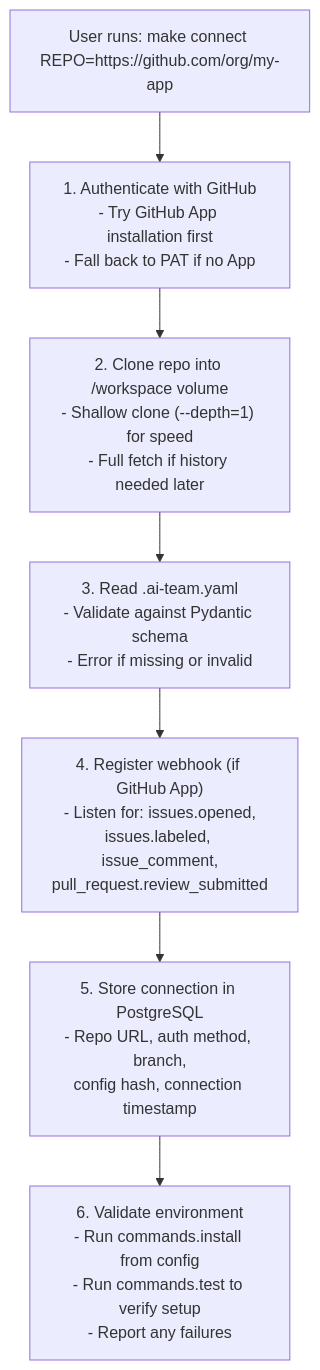
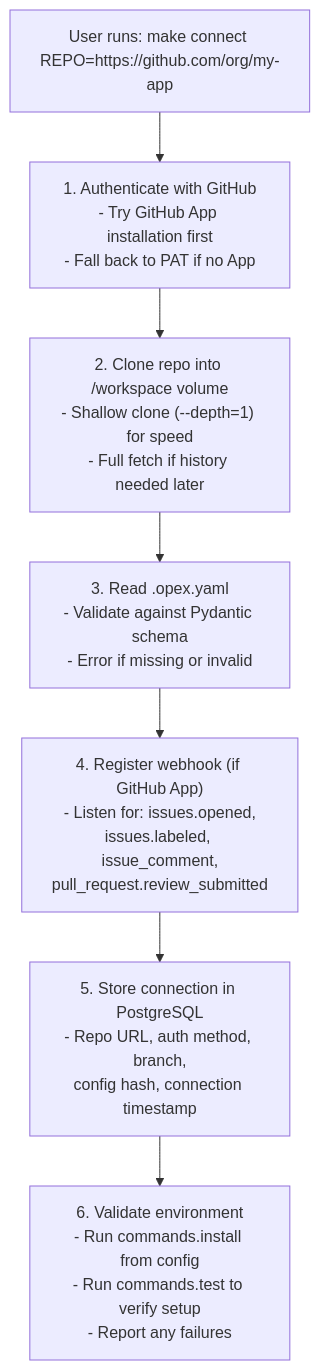
One commit to 0xc14m1z/opex changed the diagram in docs/specs/12-repo-connection.md. Above: the diagram before and after it, drawn with Mermaid. The commit also changed other lines of this file and 24 other files, not shown here.

First line of the commit message:
docs: rename ai-team to opex across all specs and docs

````diff
--- a/docs/specs/12-repo-connection.md
+++ b/docs/specs/12-repo-connection.md
@@ -15,10 +15,10 @@
 ```mermaid
 flowchart TD
     Start["User runs: make connect REPO=https://github.com/org/my-app"] --> A
     A["1. Authenticate with GitHub\n- Try GitHub App installation first\n- Fall back to PAT if no App"] --> B
     B["2. Clone repo into /workspace volume\n- Shallow clone (--depth=1) for speed\n- Full fetch if history needed later"] --> C
-    C["3. Read .ai-team.yaml\n- Validate against Pydantic schema\n- Error if missing or invalid"] --> D
+    C["3. Read .opex.yaml\n- Validate against Pydantic schema\n- Error if missing or invalid"] --> D
     D["4. Register webhook (if GitHub App)\n- Listen for: issues.opened,\nissues.labeled, issue_comment,\npull_request.review_submitted"] --> E
     E["5. Store connection in PostgreSQL\n- Repo URL, auth method, branch,\nconfig hash, connection timestamp"] --> F
     F["6. Validate environment\n- Run commands.install from config\n- Run commands.test to verify setup\n- Report any failures"]
 ```
````
